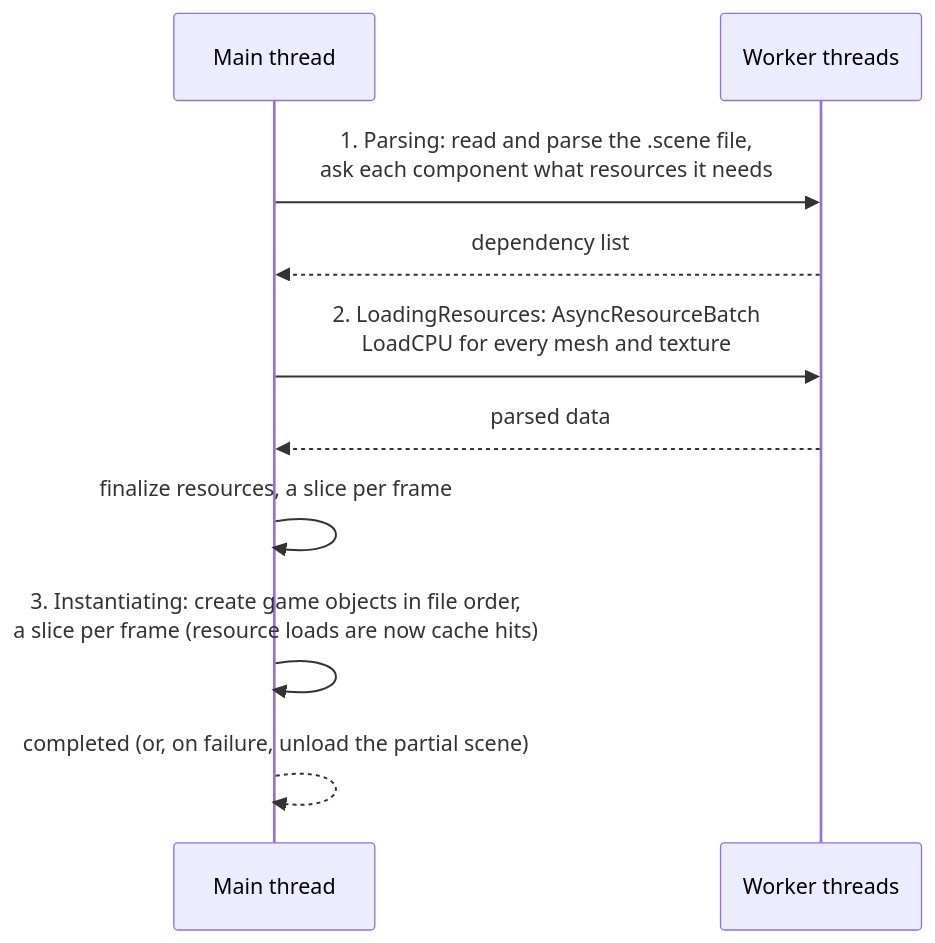
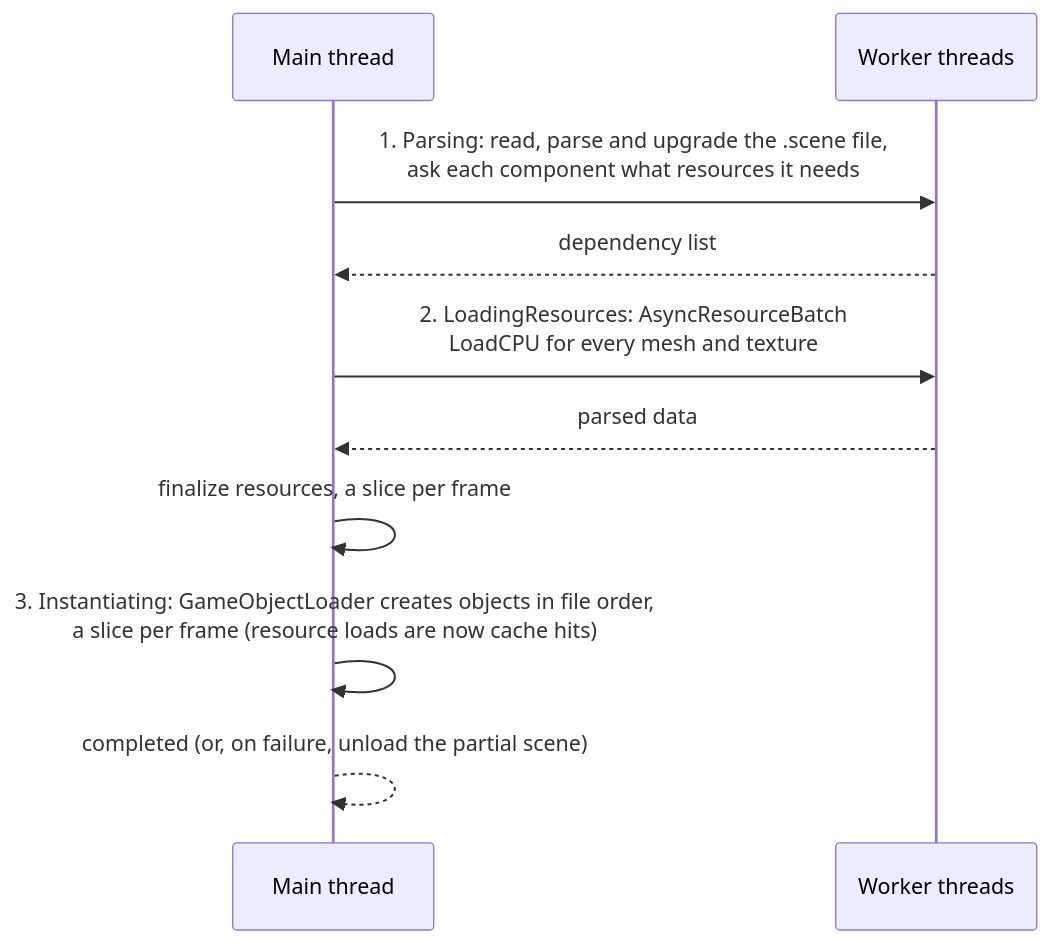
The third of 3 diagrams in Docs/Generated/Engine/05-AssetPipeline/Asset-Import-Runtime.md (b1nary0/RZE), drawn with Mermaid before and after one commit. The commit also changed other lines of this file and 18 other files, not shown here.

````diff
--- a/Docs/Generated/Engine/05-AssetPipeline/Asset-Import-Runtime.md
+++ b/Docs/Generated/Engine/05-AssetPipeline/Asset-Import-Runtime.md
@@ -80,13 +80,13 @@
 ```mermaid
 %%{init: {'flowchart': {'subGraphTitleMargin': {'top': 6, 'bottom': 10}}, 'themeCSS': '.labelBkg, .edgeLabel { background-color: var(--background-primary) !important; } .messageText, .labelText, .loopText { paint-order: stroke; stroke: var(--background-primary); stroke-width: 5px; stroke-linejoin: round; }'}}%%
 sequenceDiagram
     participant Main as Main thread
     participant W as Worker threads
-    Main->>W: 1. Parsing: read and parse the .scene file,<br/>ask each component what resources it needs
+    Main->>W: 1. Parsing: read, parse and upgrade the .scene file,<br/>ask each component what resources it needs
     W-->>Main: dependency list
     Main->>W: 2. LoadingResources: AsyncResourceBatch<br/>LoadCPU for every mesh and texture
     W-->>Main: parsed data
     Main->>Main: finalize resources, a slice per frame
-    Main->>Main: 3. Instantiating: create game objects in file order,<br/>a slice per frame (resource loads are now cache hits)
+    Main->>Main: 3. Instantiating: GameObjectLoader creates objects in file order,<br/>a slice per frame (resource loads are now cache hits)
     Main-->>Main: completed (or, on failure, unload the partial scene)
 ```
````
